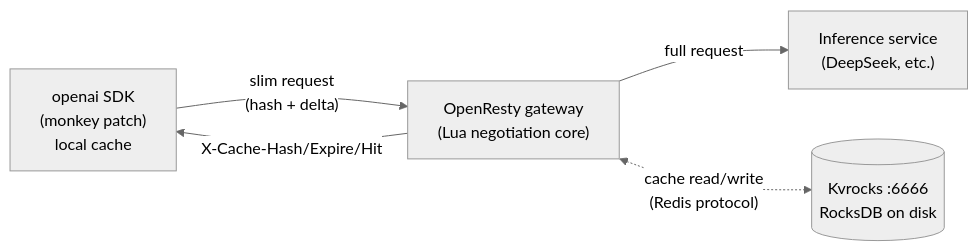
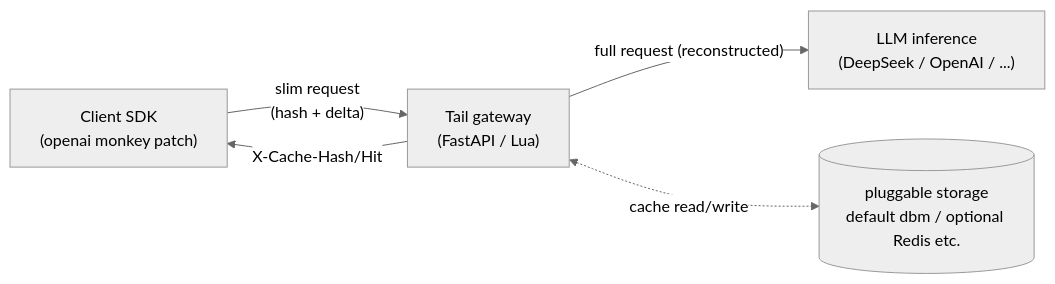
The diagram in README.en.md (lloydzhou/tail), drawn with Mermaid (neutral theme) before and after one commit. The commit also changed other lines of this file and 1 other file, not shown here.

First line of the commit message:
docs: 重写 README,聚焦 Python gateway + 量化带宽节省

````diff
--- a/README.en.md
+++ b/README.en.md
@@ -26,12 +32,7 @@
 ```mermaid
 flowchart LR
-    SDK["openai SDK<br/>(monkey patch)<br/>local cache"]
-    GW["OpenResty gateway<br/>(Lua negotiation core)"]
-    BE["Inference service<br/>(DeepSeek, etc.)"]
-    KV[("Kvrocks :6666<br/>RocksDB on disk")]
-
-    SDK -- "slim request<br/>(hash + delta)" --> GW
-    GW -- "X-Cache-Hash/Expire/Hit" --> SDK
-    GW -- "full request" --> BE
-    GW <-. "cache read/write<br/>(Redis protocol)" .-> KV
+    SDK["Client SDK<br/>(openai monkey patch)"] -- "slim request<br/>(hash + delta)" --> GW["Tail gateway<br/>(FastAPI / Lua)"]
+    GW -- "X-Cache-Hash/Hit" --> SDK
+    GW -- "full request (reconstructed)" --> BE["LLM inference<br/>(DeepSeek / OpenAI / ...)"]
+    GW <-. "cache read/write" .-> KV[("pluggable storage<br/>default dbm / optional Redis etc.")]
 ```
````
